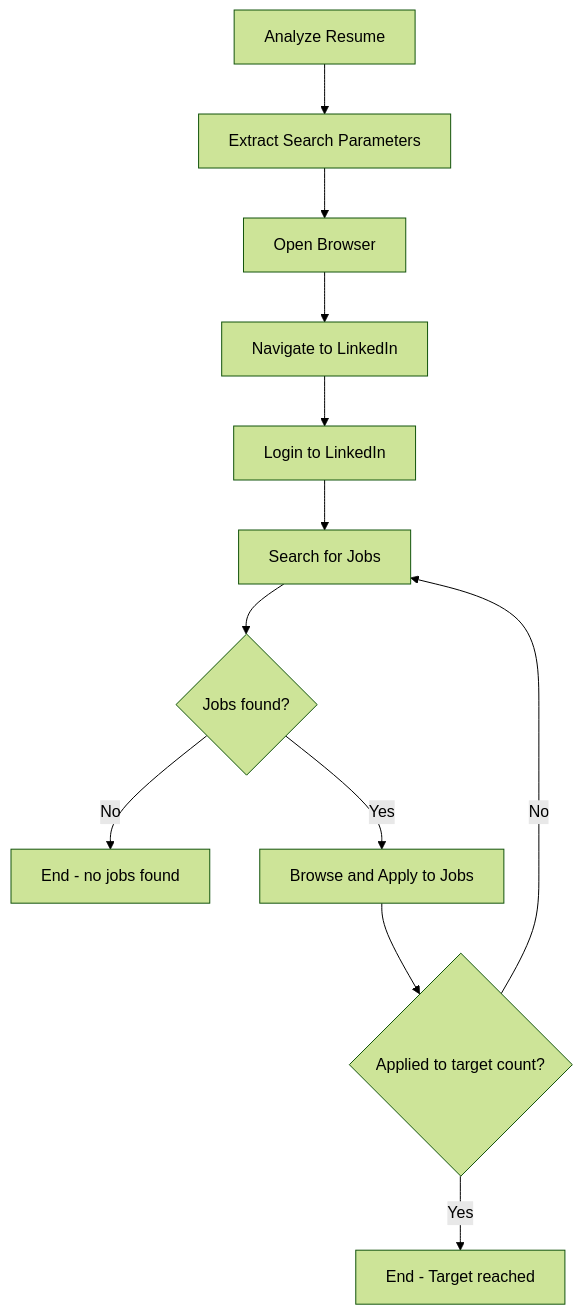
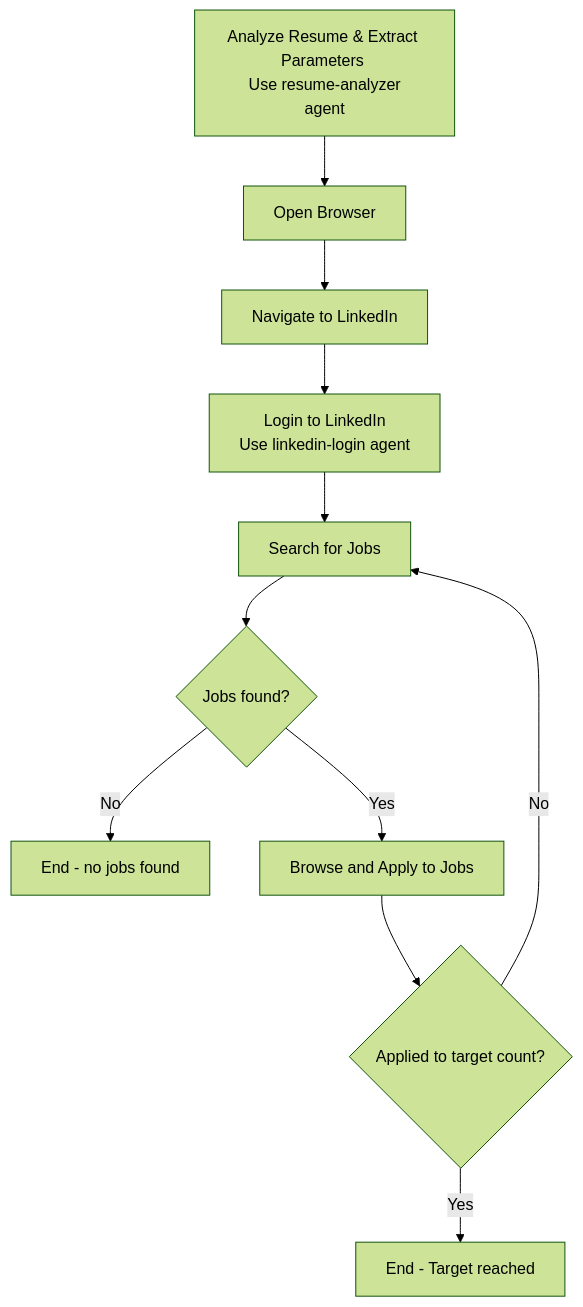
Before and after one commit to o2alexanderfedin/linkedin-job-automation: the diagram in .claude/commands/linkedin-jobs.md, drawn with Mermaid (forest theme). The commit also changed 1 other file, not shown here.

````diff
--- a/.claude/commands/linkedin-jobs.md
+++ b/.claude/commands/linkedin-jobs.md
@@ -41,14 +41,13 @@
 ```mermaid
 flowchart TD
-    A[Analyze Resume] --> B[Extract Search Parameters]
-    B --> C[Open Browser]
-    C --> D[Navigate to LinkedIn]
-    D --> E[Login to LinkedIn]
-    E --> F[Search for Jobs]
-    F --> G{Jobs found?}
-    G -->|No| H[End - no jobs found]
-    G -->|Yes| I[Browse and Apply to Jobs]
-    I --> J{Applied to target count?}
-    J -->|No| F
-    J -->|Yes| K[End - Target reached]
+    A["Analyze Resume & Extract Parameters <br/> Use resume-analyzer agent"] --> B[Open Browser]
+    B --> C[Navigate to LinkedIn]
+    C --> D["Login to LinkedIn <br/> Use linkedin-login agent"]
+    D --> E[Search for Jobs]
+    E --> F{Jobs found?}
+    F -->|No| G[End - no jobs found]
+    F -->|Yes| H[Browse and Apply to Jobs]
+    H --> I{Applied to target count?}
+    I -->|No| E
+    I -->|Yes| J[End - Target reached]
 ```
````
